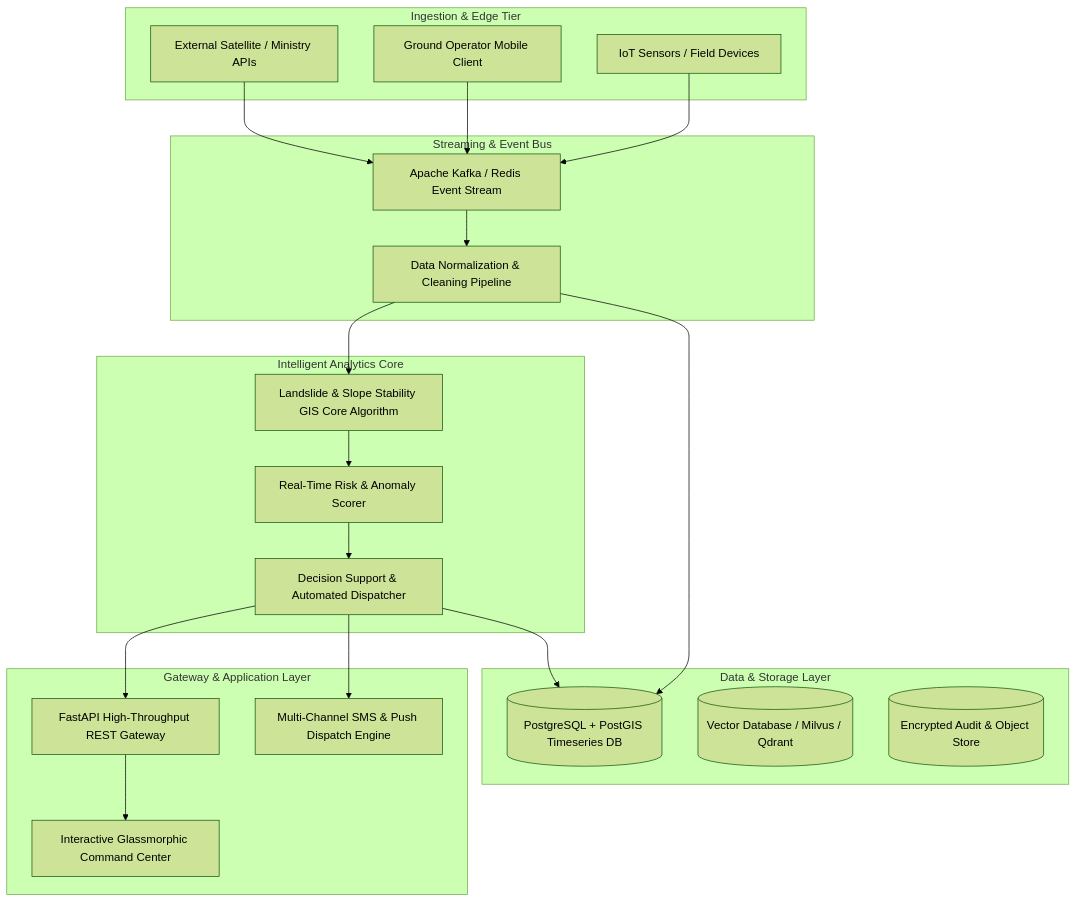
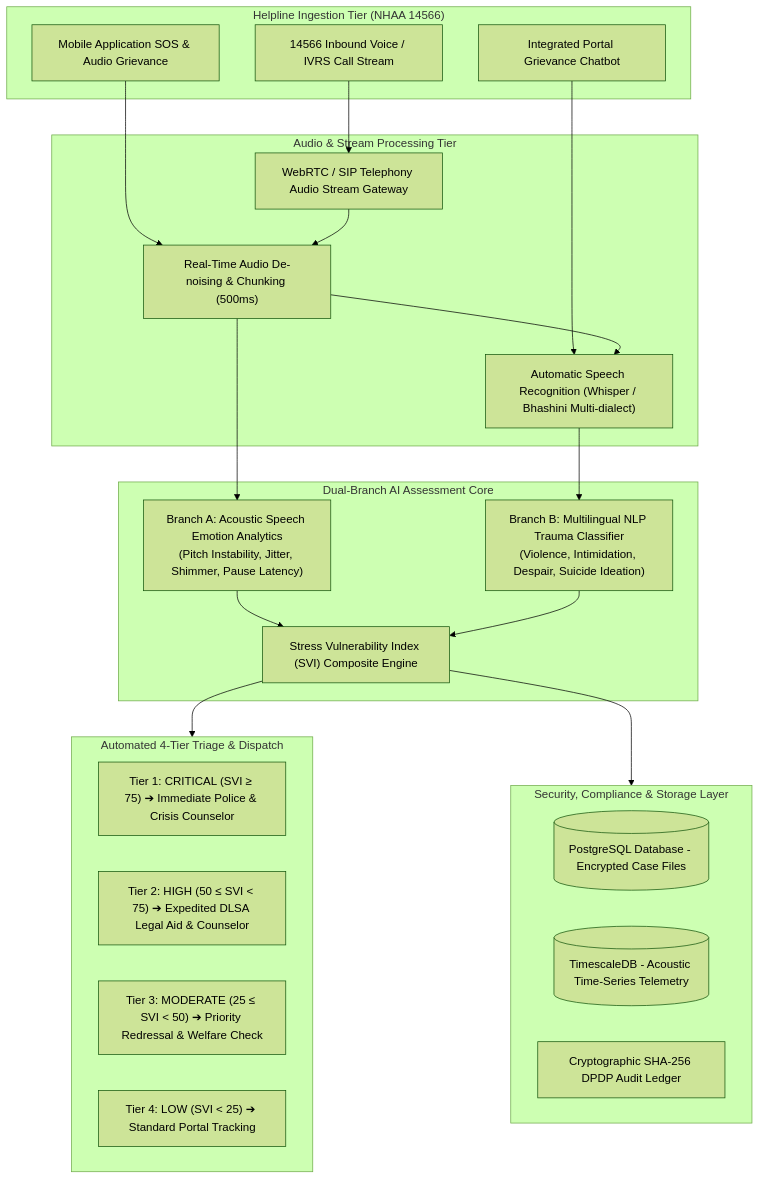
One commit to Santosh9944/SIH26093-AI-Based-Real-Time-Stress-and-Trauma-Assessment-Module-for-Victims changed the diagram in project/solution.md. Above: the diagram before and after it, drawn with Mermaid (forest theme). The commit also changed other lines of this file and 7 other files, not shown here.

````diff
--- a/project/solution.md
+++ b/project/solution.md
@@ -31,44 +33,45 @@
 ```mermaid
 flowchart TD
-    subgraph Ingestion & Edge Tier
-        A1[IoT Sensors / Field Devices]
-        A2[Ground Operator Mobile Client]
-        A3[External Satellite / Ministry APIs]
+    subgraph Ingestion["Helpline Ingestion Tier (NHAA 14566)"]
+        A1["14566 Inbound Voice / IVRS Call Stream"]
+        A2["Integrated Portal Grievance Chatbot"]
+        A3["Mobile Application SOS & Audio Grievance"]
     end
 
-    subgraph Streaming & Event Bus
-        B1[Apache Kafka / Redis Event Stream]
-        B2[Data Normalization & Cleaning Pipeline]
+    subgraph Streaming["Audio & Stream Processing Tier"]
+        B1["WebRTC / SIP Telephony Audio Stream Gateway"]
+        B2["Real-Time Audio De-noising & Chunking (500ms)"]
+        B3["Automatic Speech Recognition (Whisper / Bhashini Multi-dialect)"]
     end
 
-    subgraph Intelligent Analytics Core
-        C1[Landslide & Slope Stability GIS Core Algorithm]
-        C2[Real-Time Risk & Anomaly Scorer]
-        C3[Decision Support & Automated Dispatcher]
+    subgraph Intelligence["Dual-Branch AI Assessment Core"]
+        C1["Branch A: Acoustic Speech Emotion Analytics<br/>(Pitch Instability, Jitter, Shimmer, Pause Latency)"]
+        C2["Branch B: Multilingual NLP Trauma Classifier<br/>(Violence, Intimidation, Despair, Suicide Ideation)"]
+        C3["Stress Vulnerability Index (SVI) Composite Engine"]
     end
 
-    subgraph Data & Storage Layer
-        D1[(PostgreSQL + PostGIS Timeseries DB)]
-        D2[(Vector Database / Milvus / Qdrant)]
-        D3[(Encrypted Audit & Object Store)]
+    subgraph Triage["Automated 4-Tier Triage & Dispatch"]
+        D1["Tier 1: CRITICAL (SVI ≥ 75) ➔ Immediate Police & Crisis Counselor"]
+        D2["Tier 2: HIGH (50 ≤ SVI < 75) ➔ Expedited DLSA Legal Aid & Counselor"]
+        D3["Tier 3: MODERATE (25 ≤ SVI < 50) ➔ Priority Redressal & Welfare Check"]
+        D4["Tier 4: LOW (SVI < 25) ➔ Standard Portal Tracking"]
     end
 
-    subgraph Gateway & Application Layer
-        E1[FastAPI High-Throughput REST Gateway]
-        E2[Interactive Glassmorphic Command Center]
-        E3[Multi-Channel SMS & Push Dispatch Engine]
+    subgraph Storage["Security, Compliance & Storage Layer"]
+        E1[("PostgreSQL Database - Encrypted Case Files")]
+        E2[("TimescaleDB - Acoustic Time-Series Telemetry")]
+        E3["Cryptographic SHA-256 DPDP Audit Ledger"]
     end
 
     A1 --> B1
-    A2 --> B1
-    A3 --> B1
+    A2 --> B3
+    A3 --> B2
     B1 --> B2
+    B2 --> B3
     B2 --> C1
-    B2 --> D1
-    C1 --> C2
+    B3 --> C2
+    C1 --> C3
     C2 --> C3
-    C3 --> D1
-    C3 --> E1
-    C3 --> E3
-    E1 --> E2
+    C3 --> Triage
+    C3 --> Storage
 ```
````
